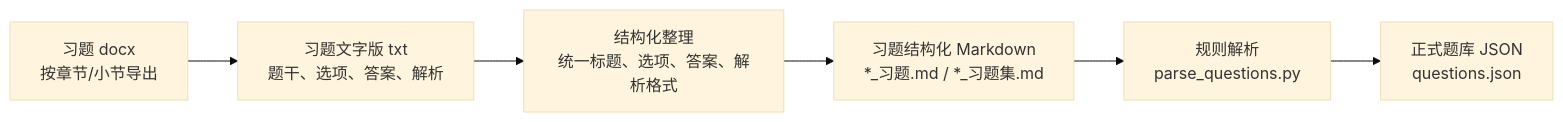
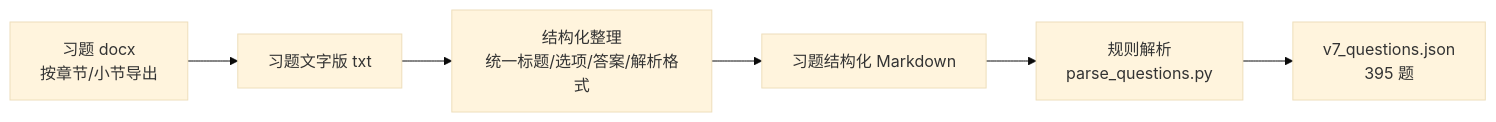
The second of 4 diagrams in 技术路线总图.md (zk631315411-oss/cams), drawn with Mermaid (base theme) before and after one commit. The commit also changed other lines of this file, not shown here.

First line of the commit message:
docs: 技术路线总图 v6 → v7 全面更新

````diff
--- a/技术路线总图.md
+++ b/技术路线总图.md
@@ -158,8 +72,8 @@
 ```mermaid
 flowchart LR
-  A["习题 docx\n按章节/小节导出"] --> B["习题文字版 txt\n题干、选项、答案、解析"]
-  B --> C["结构化整理\n统一标题、选项、答案、解析格式"]
-  C --> D["习题结构化 Markdown\n*_习题.md / *_习题集.md"]
+  A["习题 docx\n按章节/小节导出"] --> B["习题文字版 txt"]
+  B --> C["结构化整理\n统一标题/选项/答案/解析格式"]
+  C --> D["习题结构化 Markdown"]
   D --> E["规则解析\nparse_questions.py"]
-  E --> F["正式题库 JSON\nquestions.json"]
+  E --> F["v7_questions.json\n395 题"]
 ```
````
